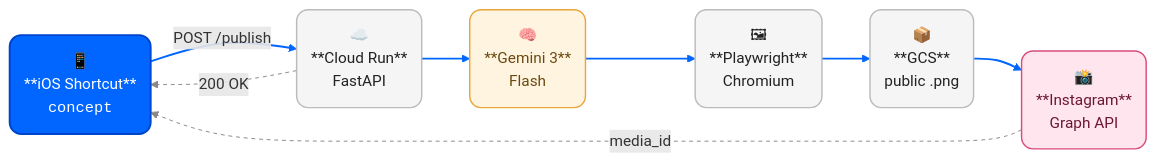
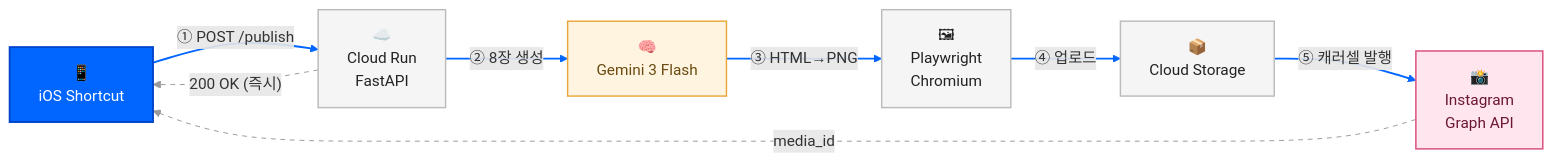
Before and after one commit to SheepJH/concept_archive: the diagram in README.md, drawn with Mermaid. The commit also changed other lines of this file, not shown here.

Commit message:
파이프라인 다이어그램 가독성 개선 + 섹션 이모지 추가 + 스택 선정 이유 섹션 제거

````diff
--- a/README.md
+++ b/README.md
@@ -41,27 +41,25 @@
 ```mermaid
 flowchart LR
-    A("📱<br/>**iOS Shortcut**<br/><code>concept</code>")
-    B("☁️<br/>**Cloud Run**<br/>FastAPI")
-    C("🧠<br/>**Gemini 3**<br/>Flash")
-    D("🖼<br/>**Playwright**<br/>Chromium")
-    E("📦<br/>**GCS**<br/>public .png")
-    F("📸<br/>**Instagram**<br/>Graph API")
+    A["📱<br/>iOS Shortcut"]:::client
+    B["☁️<br/>Cloud Run<br/>FastAPI"]:::infra
+    C["🧠<br/>Gemini 3 Flash"]:::gen
+    D["🖼<br/>Playwright<br/>Chromium"]:::infra
+    E["📦<br/>Cloud Storage"]:::infra
+    F["📸<br/>Instagram<br/>Graph API"]:::ext
 
-    A ==>|"POST /publish"| B
-    B -.->|"200 OK"| A
-    B ==> C ==> D ==> E ==> F
+    A -->|"① POST /publish"| B
+    B -.->|"200 OK (즉시)"| A
+    B -->|"② 8장 생성"| C
+    C -->|"③ HTML→PNG"| D
+    D -->|"④ 업로드"| E
+    E -->|"⑤ 캐러셀 발행"| F
     F -.->|"media_id"| A
 
-    classDef client fill:#0066FF,stroke:#0044cc,color:#fff,stroke-width:2px,rx:12,ry:12
-    classDef gen fill:#FFF4E0,stroke:#E8A63B,color:#6B4A10,stroke-width:1.5px,rx:12,ry:12
-    classDef infra fill:#F5F5F5,stroke:#BBB,color:#222,stroke-width:1.5px,rx:12,ry:12
-    classDef ext fill:#FFE6EE,stroke:#D94C7A,color:#6B1733,stroke-width:1.5px,rx:12,ry:12
-    class A client
-    class B,D infra
-    class C gen
-    class E infra
-    class F ext
+    classDef client fill:#0066FF,stroke:#0044cc,color:#fff,stroke-width:2px
+    classDef gen fill:#FFF4E0,stroke:#E8A63B,color:#6B4A10,stroke-width:1.5px
+    classDef infra fill:#F5F5F5,stroke:#BBB,color:#222,stroke-width:1.5px
+    classDef ext fill:#FFE6EE,stroke:#D94C7A,color:#6B1733,stroke-width:1.5px
 
     linkStyle 0,2,3,4,5 stroke:#0066FF,stroke-width:2px
-    linkStyle 1,6 stroke:#888,stroke-dasharray:4 4
+    linkStyle 1,6 stroke:#999,stroke-dasharray:5 5
 ```
````
